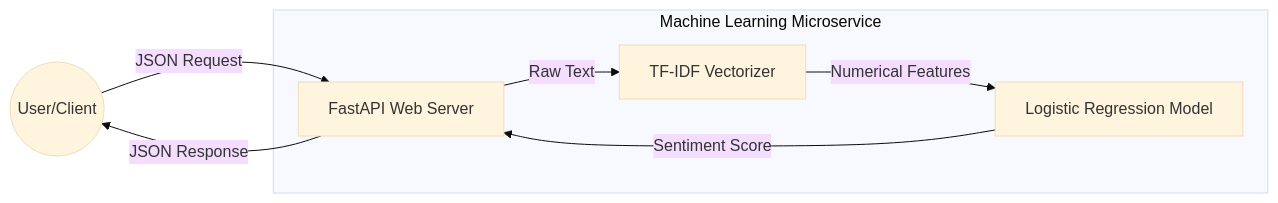
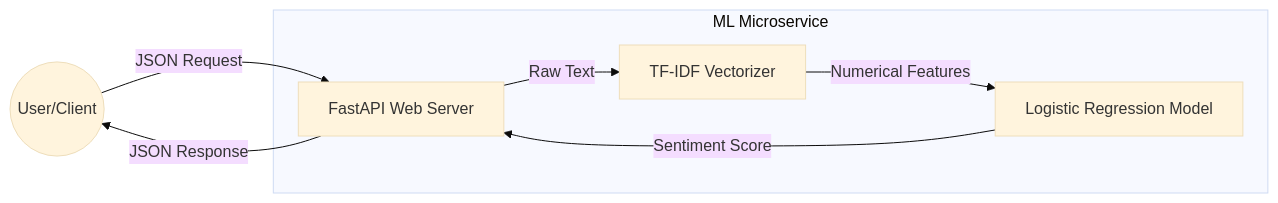
Before and after one commit to OFFICIAL-IBRAHIM-ASAD/amazon-sentiment-analysis: the diagram in README.md, drawn with Mermaid (base theme). The commit also changed other lines of this file, not shown here.

````diff
--- a/README.md
+++ b/README.md
@@ -24,12 +23,13 @@
 ```mermaid
 graph LR
     User((User/Client)) -->|JSON Request| API[FastAPI Web Server]
     
-    subgraph "Machine Learning Microservice"
+    subgraph "ML Microservice"
     API -->|Raw Text| VEC[TF-IDF Vectorizer]
     VEC -->|Numerical Features| MODEL[Logistic Regression Model]
     MODEL -->|Sentiment Score| API
     end
     
     API -->|JSON Response| User
+
 ```
````
